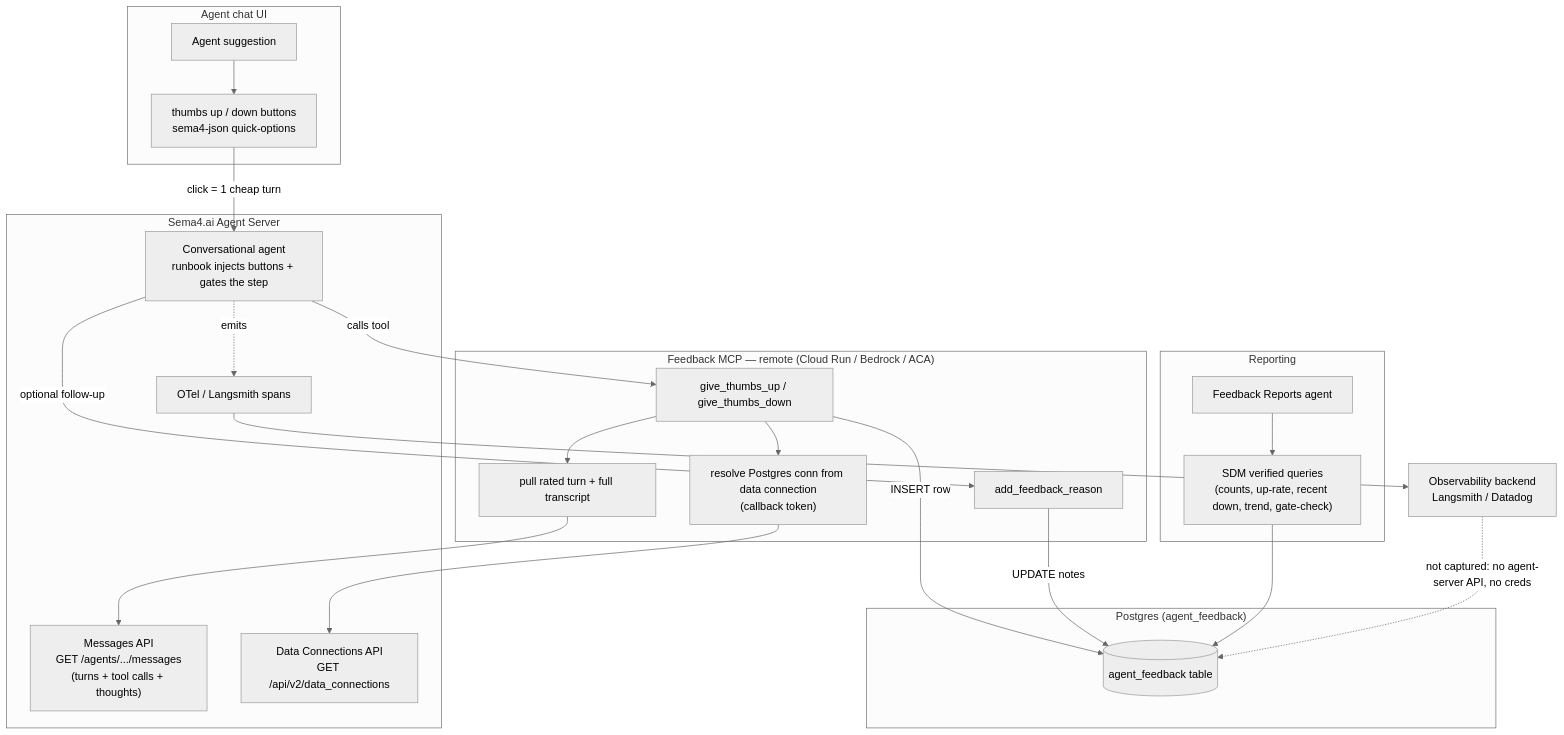
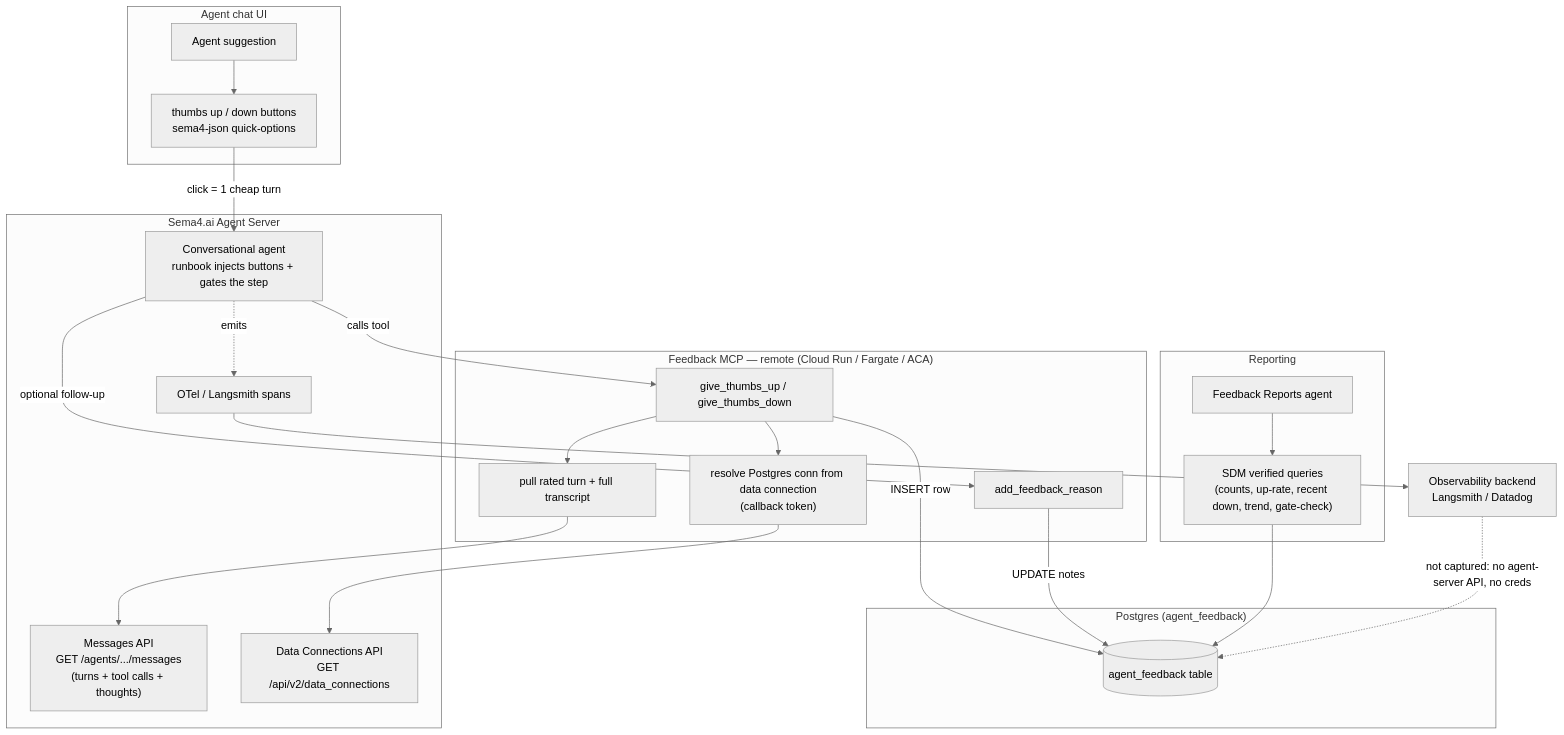
One commit to sema4ai-external/v2.5-setup-kit changed the first of 3 diagrams in examples/feedback-mcp/ARCHITECTURE.md. Above: the diagram before and after it, drawn with Mermaid (neutral theme). The commit also changed 12 other files, not shown here.

First line of the commit message:
Recommend Fargate over Bedrock AgentCore; point orchestration to public docs

````diff
--- a/examples/feedback-mcp/ARCHITECTURE.md
+++ b/examples/feedback-mcp/ARCHITECTURE.md
@@ -9,44 +9,44 @@
 ```mermaid
 flowchart TD
   subgraph UI["Agent chat UI"]
     SUG["Agent suggestion"]
     QB["thumbs up / down buttons<br/>sema4-json quick-options"]
   end
 
   subgraph AS["Sema4.ai Agent Server"]
     CA["Conversational agent<br/>runbook injects buttons + gates the step"]
     MSG["Messages API<br/>GET /agents/.../messages<br/>(turns + tool calls + thoughts)"]
     DCAPI["Data Connections API<br/>GET /api/v2/data_connections"]
     OT["OTel / Langsmith spans"]
   end
 
-  subgraph MCPS["Feedback MCP — remote (Cloud Run / Bedrock / ACA)"]
+  subgraph MCPS["Feedback MCP — remote (Cloud Run / Fargate / ACA)"]
     T1["give_thumbs_up / give_thumbs_down"]
     T2["add_feedback_reason"]
     RES["resolve Postgres conn from data connection<br/>(callback token)"]
     CTX["pull rated turn + full transcript"]
   end
 
   subgraph NEON["Postgres (agent_feedback)"]
     TBL[("agent_feedback table")]
   end
 
   subgraph REP["Reporting"]
     SDM["SDM verified queries<br/>(counts, up-rate, recent down, trend, gate-check)"]
     RA["Feedback Reports agent"]
   end
 
   OBS["Observability backend<br/>Langsmith / Datadog"]
 
   SUG --> QB
   QB -->|click = 1 cheap turn| CA
   CA -->|calls tool| T1
   CA -->|optional follow-up| T2
   T1 --> RES --> DCAPI
   T1 --> CTX --> MSG
   T1 -->|INSERT row| TBL
   T2 -->|UPDATE notes| TBL
   RA --> SDM --> TBL
   CA -.emits.-> OT --> OBS
   OBS -. not captured: no agent-server API, no creds .-> TBL
 ```
````
